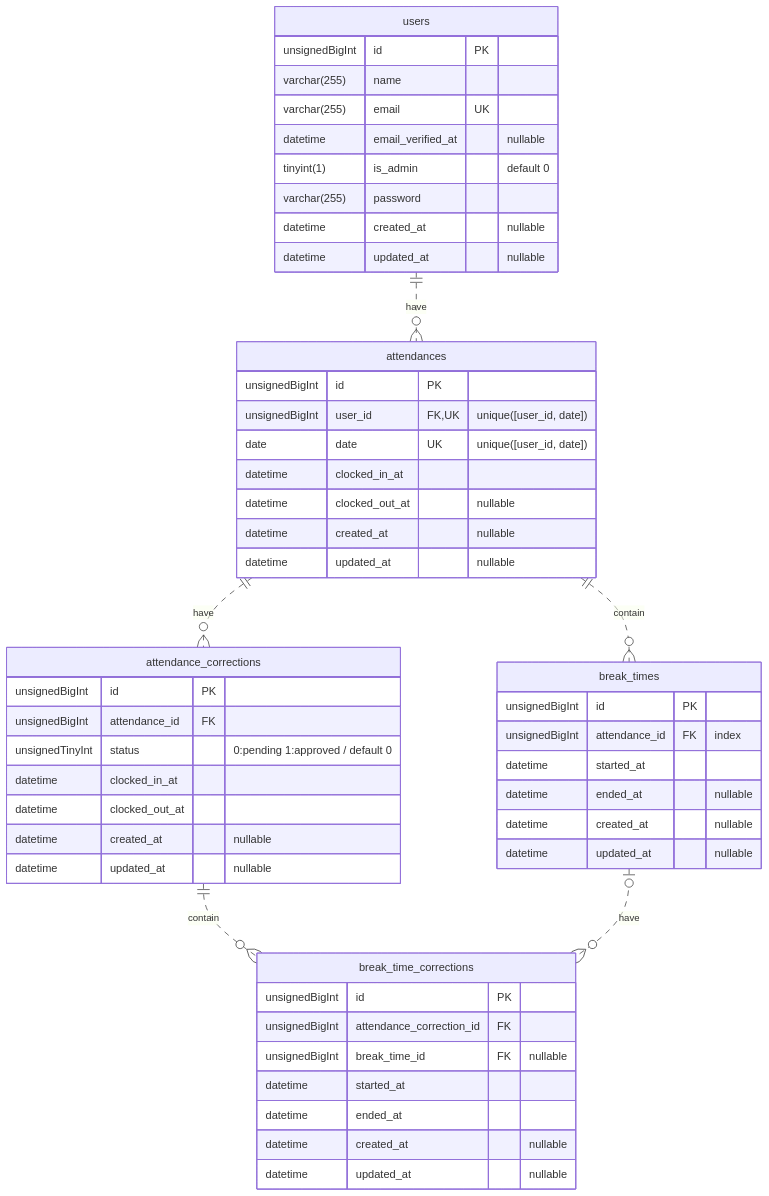
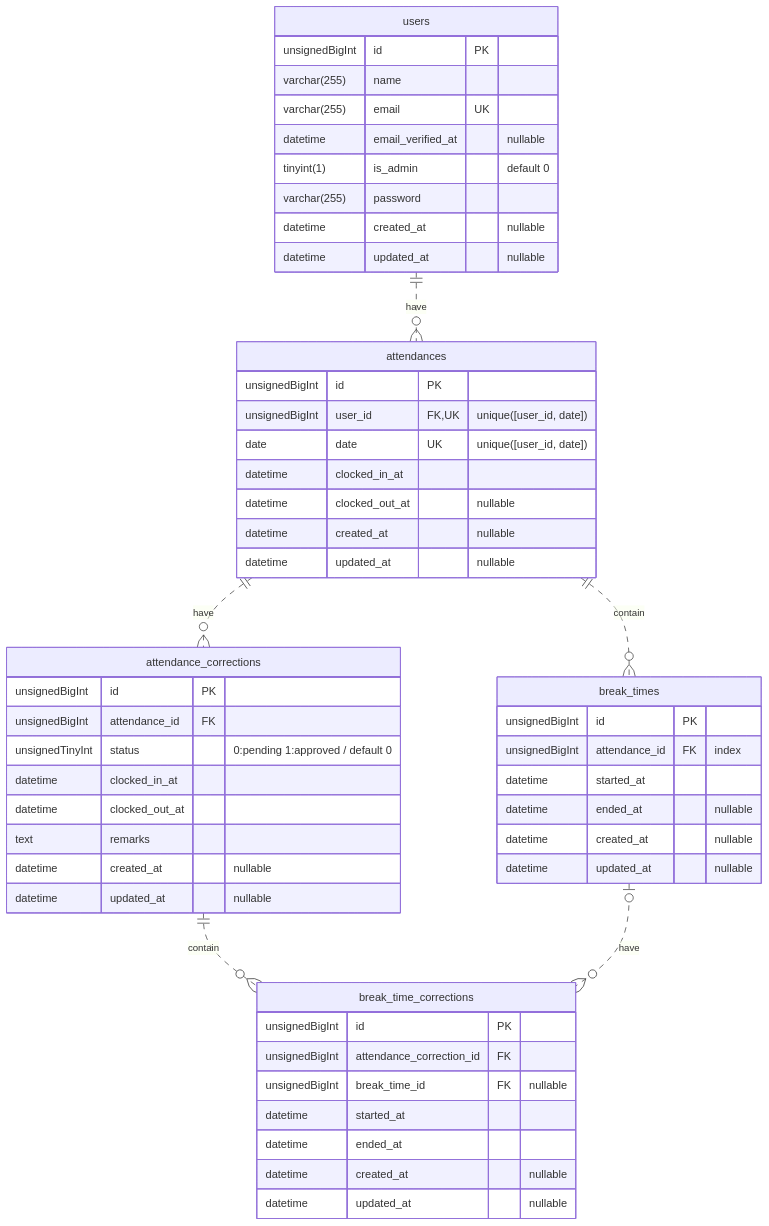
The diagram in README.md (sangwon-lee302/time-and-attendance), drawn with Mermaid before and after one commit. The commit also changed other lines of this file and 11 other files, not shown here.

````diff
--- a/README.md
+++ b/README.md
@@ -30,58 +31,59 @@
 ```mermaid
 erDiagram
     users ||..o{ attendances: "have"
     attendances ||..o{ break_times: "contain"
     attendances ||..o{ attendance_corrections: "have"
     attendance_corrections ||..o{ break_time_corrections: "contain"
     break_times |o..o{ break_time_corrections: "have"
 
     users {
         unsignedBigInt id PK
         varchar(255) name
         varchar(255) email UK
         datetime email_verified_at "nullable"
         tinyint(1) is_admin "default 0"
         varchar(255) password
         datetime created_at "nullable"
         datetime updated_at "nullable"
     }
 
     attendances {
         unsignedBigInt id PK
         unsignedBigInt user_id FK, UK "unique([user_id, date])"
         date date UK "unique([user_id, date])"
         datetime clocked_in_at
         datetime clocked_out_at "nullable"
         datetime created_at "nullable"
         datetime updated_at "nullable"
     }
 
     break_times {
         unsignedBigInt id PK
         unsignedBigInt attendance_id FK "index"
         datetime started_at
         datetime ended_at "nullable"
         datetime created_at "nullable"
         datetime updated_at "nullable"
     }
 
     attendance_corrections {
         unsignedBigInt id PK
         unsignedBigInt attendance_id FK
         unsignedTinyInt status "0:pending 1:approved / default 0"
         datetime clocked_in_at
         datetime clocked_out_at
+        text remarks
         datetime created_at "nullable"
         datetime updated_at "nullable"
     }
 
     break_time_corrections {
         unsignedBigInt id PK
         unsignedBigInt attendance_correction_id FK
         unsignedBigInt break_time_id FK "nullable"
         datetime started_at
         datetime ended_at
         datetime created_at "nullable"
         datetime updated_at "nullable"
     }
 ```
````
